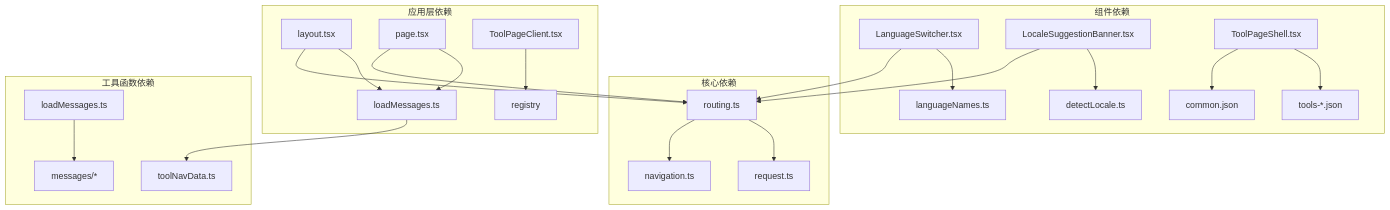
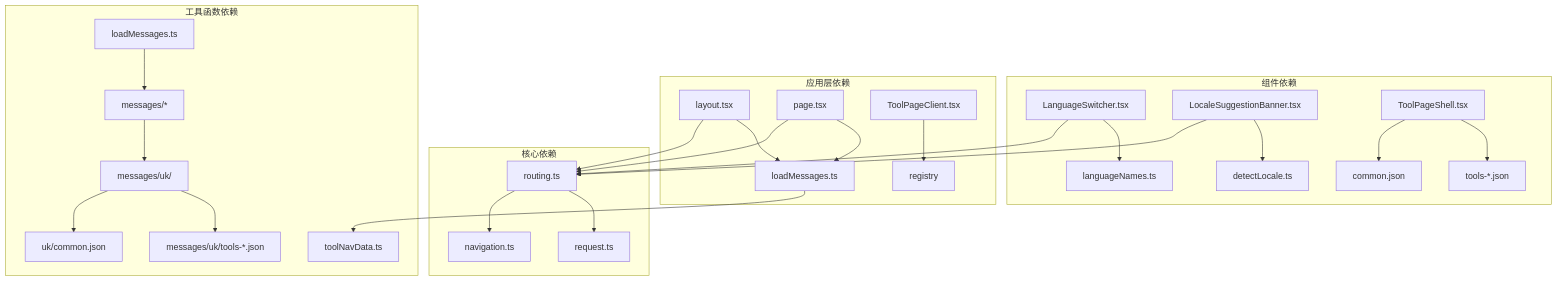
Before and after one commit to sgyy/privadeck: the ninth of 9 diagrams in .qoder/repowiki/zh/content/技术架构/国际化系统.md, drawn with Mermaid. The commit also changed other lines of this file and 2 other files, not shown here.

````diff
--- a/.qoder/repowiki/zh/content/技术架构/国际化系统.md
+++ b/.qoder/repowiki/zh/content/技术架构/国际化系统.md
@@ -366,26 +400,29 @@
 ```mermaid
 graph TB
 subgraph "核心依赖"
 A[routing.ts] --> B[navigation.ts]
 A --> C[request.ts]
 end
 subgraph "组件依赖"
 D[LanguageSwitcher.tsx] --> A
 D --> E[languageNames.ts]
 F[LocaleSuggestionBanner.tsx] --> A
 F --> G[detectLocale.ts]
 H[ToolPageShell.tsx] --> I[common.json]
 H --> J[tools-*.json]
 end
 subgraph "应用层依赖"
 K[layout.tsx] --> A
 K --> L[loadMessages.ts]
 M[page.tsx] --> A
 M --> L
 N[ToolPageClient.tsx] --> O[registry]
 end
 subgraph "工具函数依赖"
 L --> P[toolNavData.ts]
 Q[loadMessages.ts] --> R[messages/*]
+R --> S[messages/uk/]
+S --> T[uk/common.json]
+S --> U[messages/uk/tools-*.json]
 end
 ```
````
